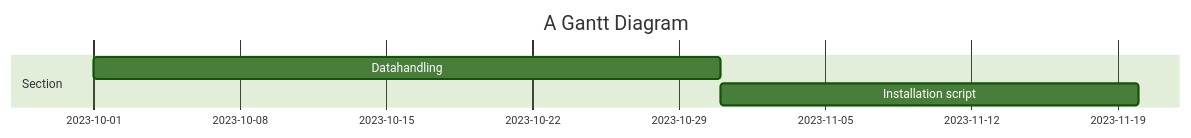
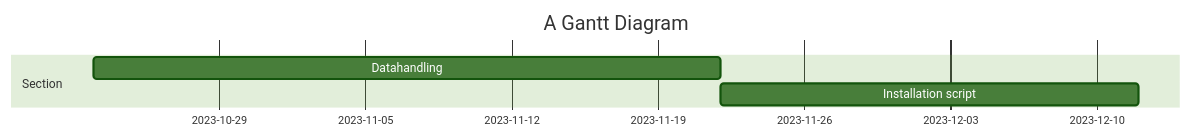
Before and after one commit to c-toolbox/Digital-Twin-City-Platform-UE-Public: the diagram in README.md, drawn with Mermaid (forest theme).

````diff
--- a/README.md
+++ b/README.md
@@ -24,9 +24,9 @@
 ```mermaid
 gantt
     title A Gantt Diagram
     dateFormat  YYYY-MM-DD
     section Section
-    Datahandling             :a1, 2023-10-01, 30d
+    Datahandling             :a1, 2023-10-23, 30d
     Installation script      :after a1  , 20d
     
 ```
````
